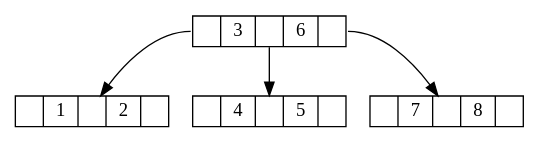
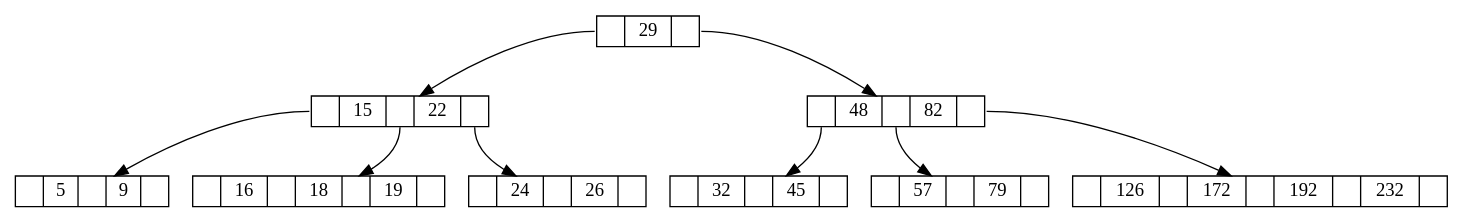
Before and after one commit to randolph182/Arboles: the diagram in ArbolB/ArbolB/bin/Debug/arbolB.dot, drawn with Graphviz. The commit also changed 22 other files, not shown here.

```diff
--- a/ArbolB/ArbolB/bin/Debug/arbolB.dot
+++ b/ArbolB/ArbolB/bin/Debug/arbolB.dot
@@ -1,12 +1,22 @@
 digraph G
 {
  node	[shape = record,height=.1];
-node0[label="<r0>|<c1> 3|<r1>|<c2> 6|<r2>"];
-node1[label="<r0>|<c1> 1|<r1>|<c2> 2|<r2>"];
-node2[label="<r0>|<c1> 4|<r1>|<c2> 5|<r2>"];
-node3[label="<r0>|<c1> 7|<r1>|<c2> 8|<r2>"];
+node0[label="<r0>|<c1> 29|<r1>"];
+node1[label="<r0>|<c1> 15|<r1>|<c2> 22|<r2>"];
+node2[label="<r0>|<c1> 48|<r1>|<c2> 82|<r2>"];
+node3[label="<r0>|<c1> 5|<r1>|<c2> 9|<r2>"];
+node4[label="<r0>|<c1> 16|<r1>|<c2> 18|<r2>|<c3> 19|<r3>"];
+node5[label="<r0>|<c1> 24|<r1>|<c2> 26|<r2>"];
+node6[label="<r0>|<c1> 32|<r1>|<c2> 45|<r2>"];
+node7[label="<r0>|<c1> 57|<r1>|<c2> 79|<r2>"];
+node8[label="<r0>|<c1> 126|<r1>|<c2> 172|<r2>|<c3> 192|<r3>|<c4> 232|<r4>"];
 
 "node0":r0 ->"node1"
 "node0":r1 -> "node2"
-"node0":r2 -> "node3"
+"node1":r0 ->"node3"
+"node1":r1 -> "node4"
+"node1":r2 -> "node5"
+"node2":r0 ->"node6"
+"node2":r1 -> "node7"
+"node2":r2 -> "node8"
 }
```
